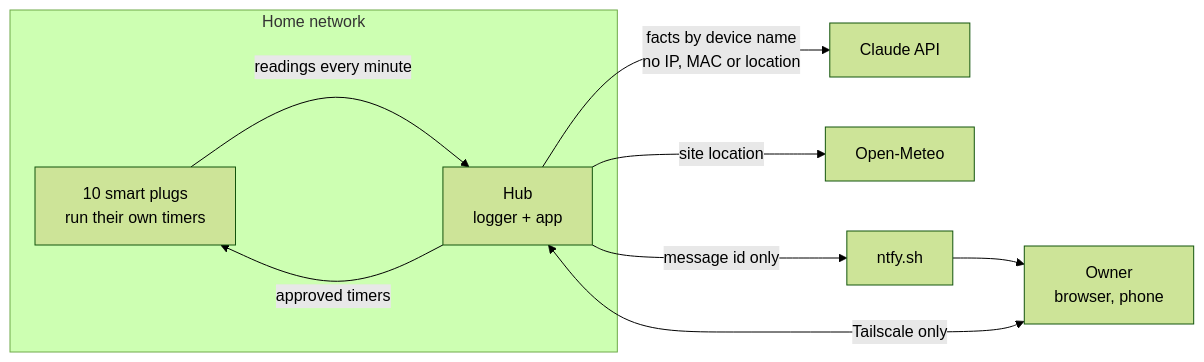
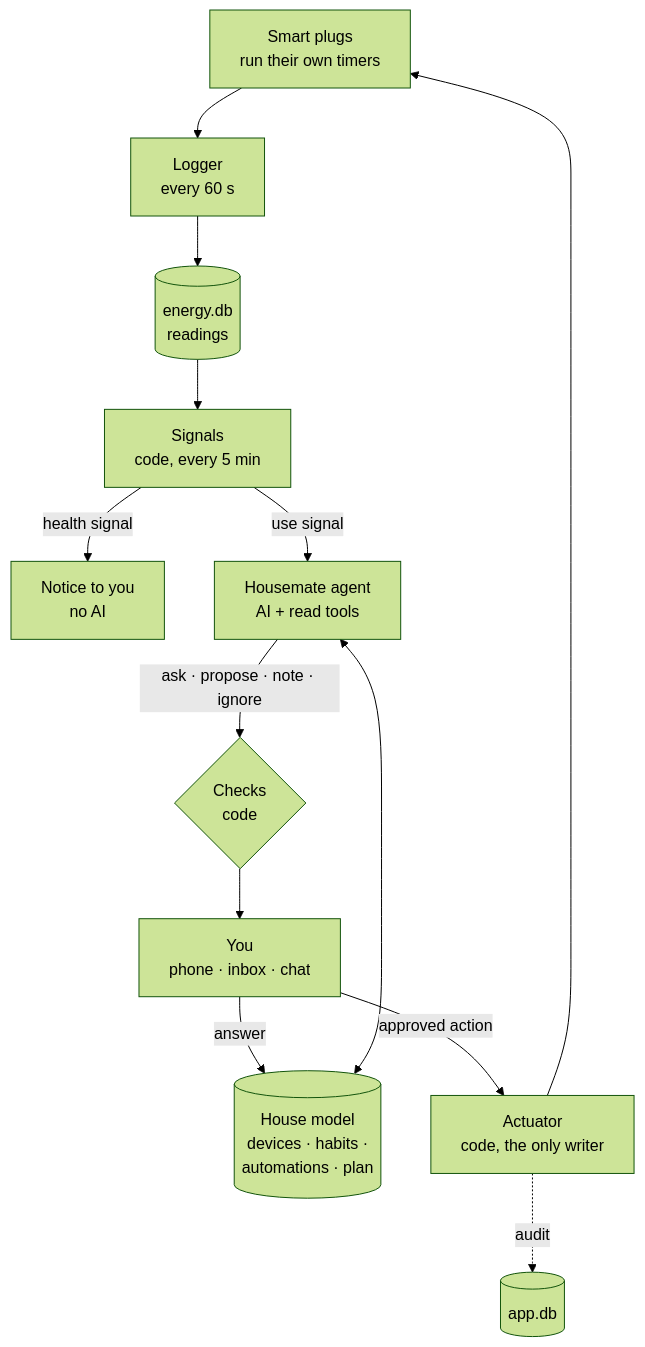
The first of 2 diagrams in docs/design.md (PaSathees/agentc-edge), drawn with Mermaid (forest theme) before and after one commit. The commit also changed other lines of this file and 21 other files, not shown here.

First line of the commit message:
Design v2: housemate agents with a house model

````diff
--- a/docs/design.md
+++ b/docs/design.md
@@ -11,17 +45,13 @@
 ```mermaid
-flowchart LR
-  subgraph HOME["Home network"]
-    P["10 smart plugs<br/>run their own timers"]
-    H["Hub<br/>logger + app"]
-  end
-  O["Owner<br/>browser, phone"]
-  CL["Claude API"]
-  OM["Open-Meteo"]
-  NT["ntfy.sh"]
-  P -- "readings every minute" --> H
-  H -- "approved timers" --> P
-  O <-- "Tailscale only" --> H
-  H -- "facts by device name<br/>no IP, MAC or location" --> CL
-  H -- "site location" --> OM
-  H -- "message id only" --> NT --> O
+flowchart TB
+  P["Smart plugs<br/>run their own timers"] --> L["Logger<br/>every 60 s"] --> E[("energy.db<br/>readings")]
+  E --> S["Signals<br/>code, every 5 min"]
+  S -- "health signal" --> N["Notice to you<br/>no AI"]
+  S -- "use signal" --> A["Housemate agent<br/>AI + read tools"]
+  H[("House model<br/>devices · habits ·<br/>automations · plan")] <--> A
+  A -- "ask · propose · note · ignore" --> C{"Checks<br/>code"}
+  C --> O["You<br/>phone · inbox · chat"]
+  O -- "answer" --> H
+  O -- "approved action" --> X["Actuator<br/>code, the only writer"] --> P
+  X -. "audit" .-> DB[("app.db")]
 ```
````
